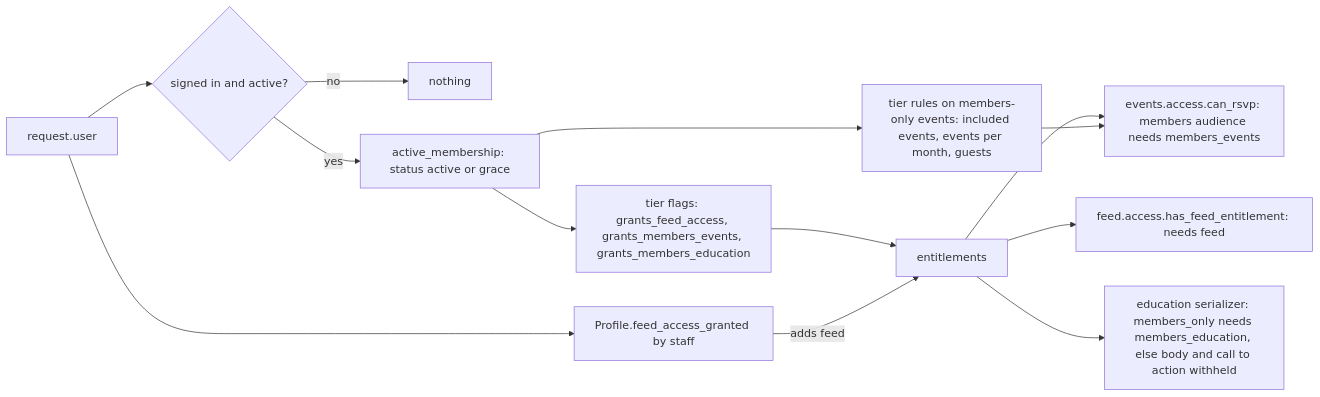
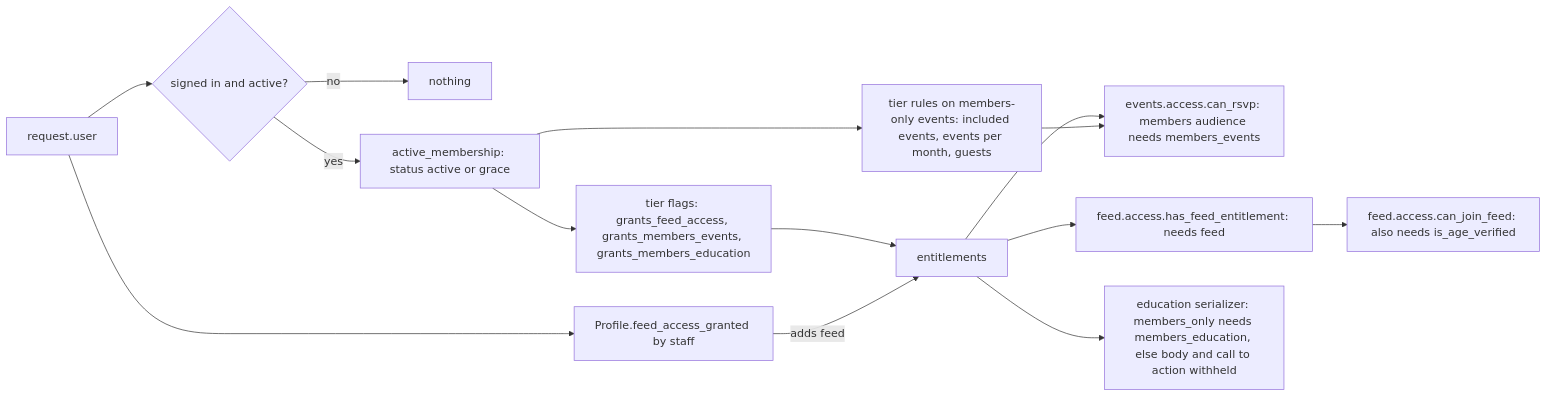
The fourth of 4 diagrams in docs/architecture.md (degarmo/rose), drawn with Mermaid before and after one commit. The commit also changed other lines of this file and 88 other files, not shown here.

First line of the commit message:
Require an in-person age check for the member feed

````diff
--- a/docs/architecture.md
+++ b/docs/architecture.md
@@ -232,15 +234,16 @@
 ```mermaid
 flowchart LR
     U[request.user] --> A{signed in and active?}
     A -- no --> N[nothing]
     A -- yes --> M[active_membership: status active or grace]
     M --> T[tier flags: grants_feed_access, grants_members_events, grants_members_education]
     U --> G[Profile.feed_access_granted by staff]
     T --> E[entitlements]
     G -->|adds feed| E
     E --> R[events.access.can_rsvp: members audience needs members_events]
     M --> TR[tier rules on members-only events: included events, events per month, guests]
     TR --> R
     E --> F[feed.access.has_feed_entitlement: needs feed]
+    F --> AV[feed.access.can_join_feed: also needs is_age_verified]
     E --> O[education serializer: members_only needs members_education, else body and call to action withheld]
 ```
````
